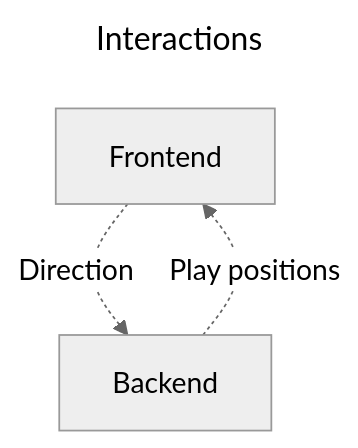
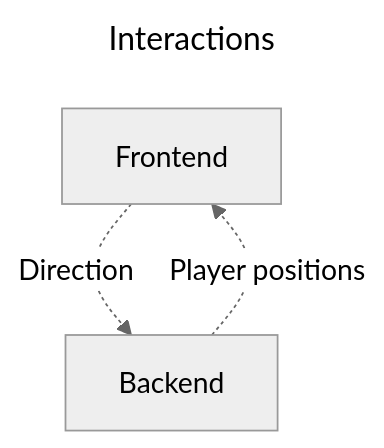
One commit to Fgdou/sr_project changed the first of 2 diagrams in design.md. Above: the diagram before and after it, drawn with Mermaid (neutral theme). The commit also changed other lines of this file, not shown here.

````diff
--- a/design.md
+++ b/design.md
@@ -16,8 +16,8 @@
 ```mermaid
 ---
 title: Interactions
 ---
 flowchart TB
 Frontend -. Direction .-> Backend
-Backend -. Play positions .-> Frontend
+Backend -. Player positions .-> Frontend
 ```
````
